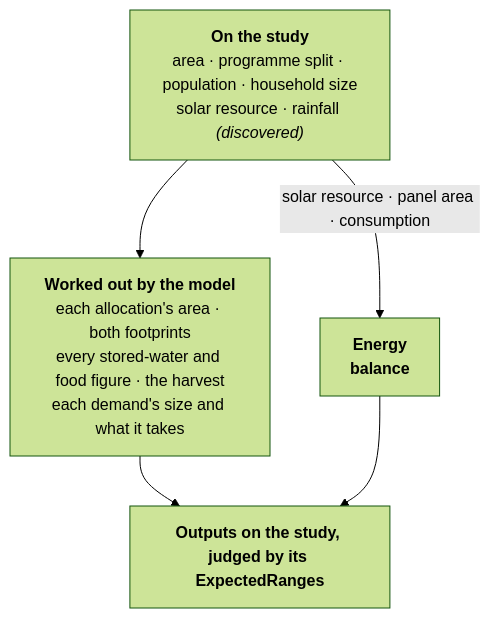
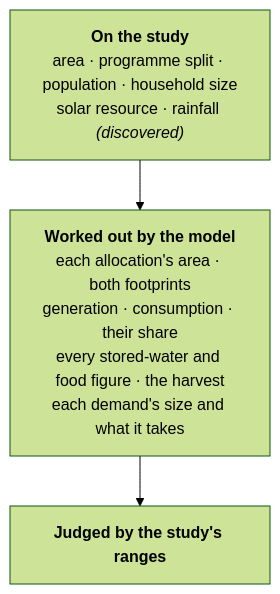
One commit to ReGen-Villages/VillageOS-API changed the fifth of 10 diagrams in docs/LAND_INTAKE.md. Above: the diagram before and after it, drawn with Mermaid (forest theme). The commit also changed other lines of this file, not shown here.

First line of the commit message:
The land intake guide describes discovery as a drawing and the analysis as the study's own formulas and ranges (AB#8596)

````diff
--- a/docs/LAND_INTAKE.md
+++ b/docs/LAND_INTAKE.md
@@ -658,12 +662,8 @@
 ```mermaid
 flowchart TB
   R["<b>On the study</b><br/>area · programme split · population · household size<br/>solar resource · rainfall <i>(discovered)</i>"]
-  M["<b>Worked out by the model</b><br/>each allocation's area · both footprints<br/>every stored-water and food figure · the harvest<br/>each demand's size and what it takes"]
-  EB["<b>Energy<br/>balance</b>"]
-  W["<b>Outputs on the study, judged by its ExpectedRanges</b>"]
+  M["<b>Worked out by the model</b><br/>each allocation's area · both footprints<br/>generation · consumption · their share<br/>every stored-water and food figure · the harvest<br/>each demand's size and what it takes"]
+  W["<b>Judged by the study's ranges</b>"]
 
-  R --> M
-  R -->|"solar resource · panel area · consumption"| EB
-  M --> W
-  EB --> W
+  R --> M --> W
 ```
````
